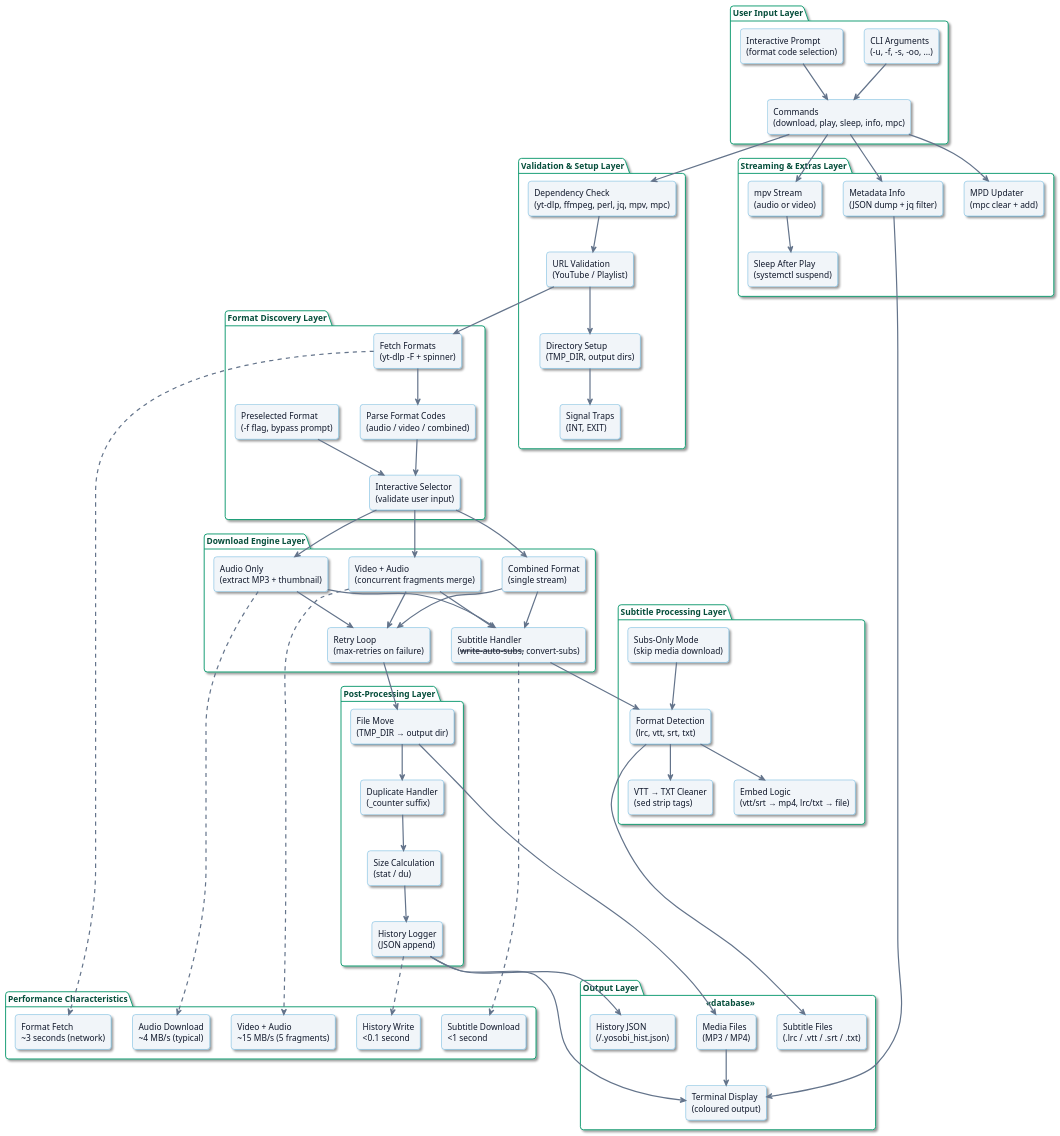
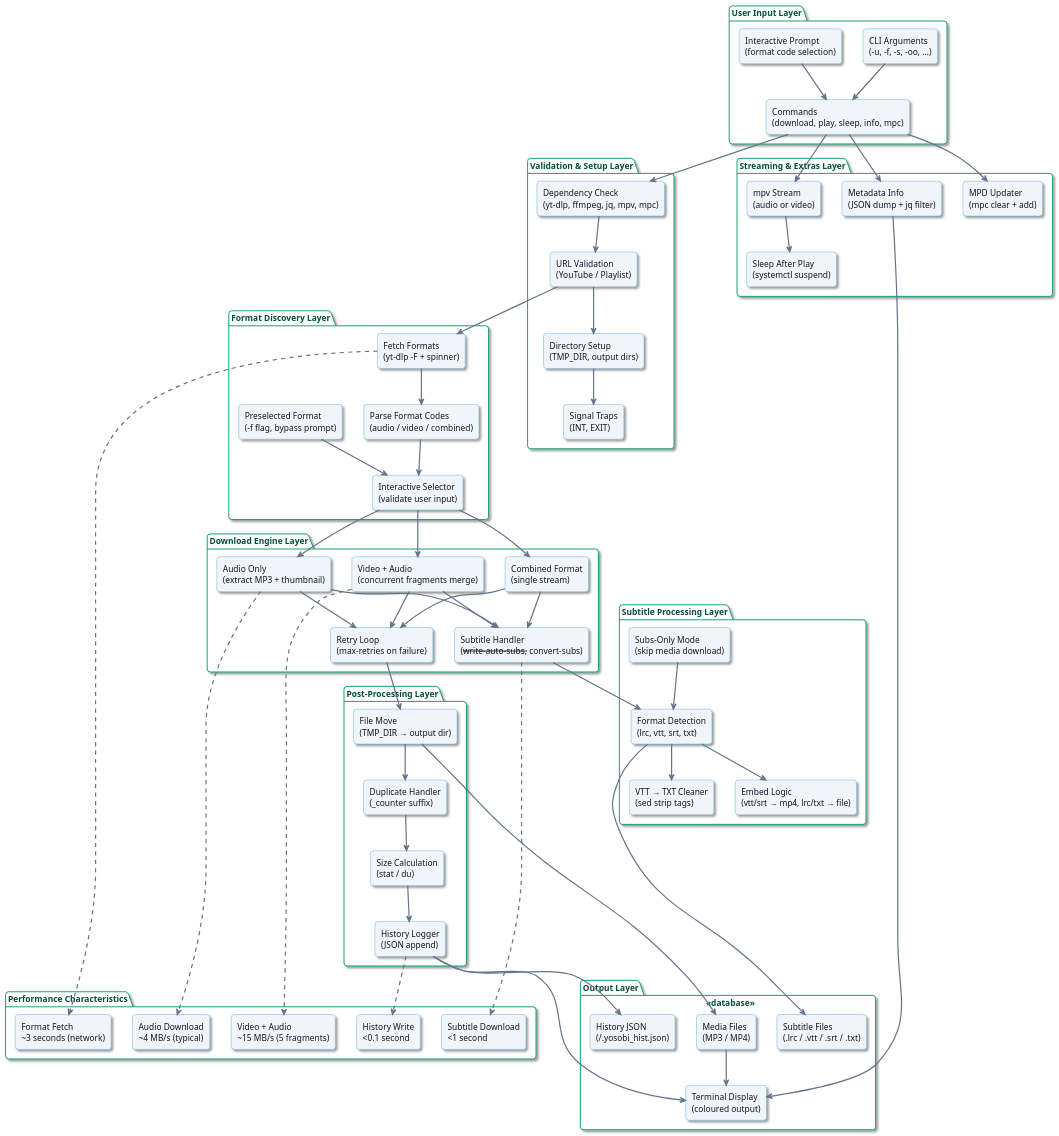
Before and after one commit to VexilonHacker/Yosobi: the diagram in assts/Architecture.puml, drawn with PlantUML. The commit also changed 3 other files, not shown here.

```diff
--- a/assts/Architecture.puml
+++ b/assts/Architecture.puml
@@ -1,151 +1,151 @@
 @startuml
 
 skinparam backgroundColor #ffffff
 skinparam componentStyle rectangle
 skinparam shadowing true
 skinparam roundcorner 10
 
 skinparam rectangle {
   BackgroundColor #f1f5f9
   BorderColor #0284c7
   FontColor #0f172a
 }
 
 skinparam package {
   BackgroundColor #ffffff
   BorderColor #059669
   FontColor #064e3b
   FontStyle bold
 }
 
 skinparam arrow {
   Color #64748b
   Thickness 2
 }
 
 skinparam title {
   FontColor #0f172a
   FontSize 18
   FontStyle bold
 }
 
 package "User Input Layer" {
   rectangle "CLI Arguments\n(-u, -f, -s, -oo, ...)" as CLI
   rectangle "Interactive Prompt\n(format code selection)" as PROMPT
   rectangle "Commands\n(download, play, sleep, info, mpc)" as CMDS
 }
 
 package "Validation & Setup Layer" {
-  rectangle "Dependency Check\n(yt-dlp, ffmpeg, perl, jq, mpv, mpc)" as DEPS
+  rectangle "Dependency Check\n(yt-dlp, ffmpeg, jq, mpv, mpc)" as DEPS
   rectangle "URL Validation\n(YouTube / Playlist)" as URLVAL
   rectangle "Directory Setup\n(TMP_DIR, output dirs)" as DIRS
   rectangle "Signal Traps\n(INT, EXIT)" as TRAPS
 }
 
 package "Format Discovery Layer" {
   rectangle "Fetch Formats\n(yt-dlp -F + spinner)" as FETCH
   rectangle "Parse Format Codes\n(audio / video / combined)" as PARSE
   rectangle "Interactive Selector\n(validate user input)" as SELECT
   rectangle "Preselected Format\n(-f flag, bypass prompt)" as PRESET
 }
 
 package "Download Engine Layer" {
   rectangle "Audio Only\n(extract MP3 + thumbnail)" as AUDIO
   rectangle "Video + Audio\n(concurrent fragments merge)" as VIDAUD
   rectangle "Combined Format\n(single stream)" as COMBINED
   rectangle "Subtitle Handler\n(--write-auto-subs, --convert-subs)" as SUBS
   rectangle "Retry Loop\n(max-retries on failure)" as RETRY
 }
 
 package "Subtitle Processing Layer" {
   rectangle "Format Detection\n(lrc, vtt, srt, txt)" as SUBFMT
   rectangle "VTT → TXT Cleaner\n(sed strip tags)" as TXTCLEAN
   rectangle "Embed Logic\n(vtt/srt → mp4, lrc/txt → file)" as EMBED
   rectangle "Subs-Only Mode\n(skip media download)" as SUBSONLY
 }
 
 package "Post-Processing Layer" {
   rectangle "File Move\n(TMP_DIR → output dir)" as MOVE
   rectangle "Duplicate Handler\n(_counter suffix)" as DUP
   rectangle "Size Calculation\n(stat / du)" as SIZE
   rectangle "History Logger\n(JSON append)" as HIST
 }
 
 package "Streaming & Extras Layer" {
   rectangle "mpv Stream\n(audio or video)" as MPV
   rectangle "Sleep After Play\n(systemctl suspend)" as SLEEP
   rectangle "MPD Updater\n(mpc clear + add)" as MPC
   rectangle "Metadata Info\n(JSON dump + jq filter)" as INFO
 }
 
 package "Output Layer" <<database>> {
   rectangle "Media Files\n(MP3 / MP4)" as FILES
   rectangle "Subtitle Files\n(.lrc / .vtt / .srt / .txt)" as SUBFILES
   rectangle "History JSON\n(~/.yosobi_hist.json)" as HISTFILE
   rectangle "Terminal Display\n(coloured output)" as TERM
 }
 
 CLI --> CMDS
 PROMPT --> CMDS
 
 CMDS --> DEPS
 DEPS --> URLVAL
 URLVAL --> DIRS
 DIRS --> TRAPS
 
 URLVAL --> FETCH
 FETCH --> PARSE
 PARSE --> SELECT
 PRESET --> SELECT
 
 SELECT --> AUDIO
 SELECT --> VIDAUD
 SELECT --> COMBINED
 
 AUDIO --> SUBS
 VIDAUD --> SUBS
 COMBINED --> SUBS
 
 SUBS --> SUBFMT
 SUBFMT --> TXTCLEAN
 SUBFMT --> EMBED
 SUBSONLY --> SUBFMT
 
 AUDIO --> RETRY
 VIDAUD --> RETRY
 COMBINED --> RETRY
 
 RETRY --> MOVE
 MOVE --> DUP
 DUP --> SIZE
 SIZE --> HIST
 
 HIST --> HISTFILE
 
 MOVE --> FILES
 SUBFMT --> SUBFILES
 
 CMDS --> MPV
 MPV --> SLEEP
 CMDS --> MPC
 CMDS --> INFO
 
 INFO --> TERM
 HIST --> TERM
 FILES --> TERM
 
 package "Performance Characteristics" {
   rectangle "Format Fetch\n~3 seconds (network)" as PF1
   rectangle "Audio Download\n~4 MB/s (typical)" as PF2
   rectangle "Video + Audio\n~15 MB/s (5 fragments)" as PF3
   rectangle "Subtitle Download\n<1 second" as PF4
   rectangle "History Write\n<0.1 second" as PF5
 }
 
 FETCH ..> PF1
 AUDIO ..> PF2
 VIDAUD ..> PF3
 SUBS ..> PF4
 HIST ..> PF5
 
 @enduml
```
